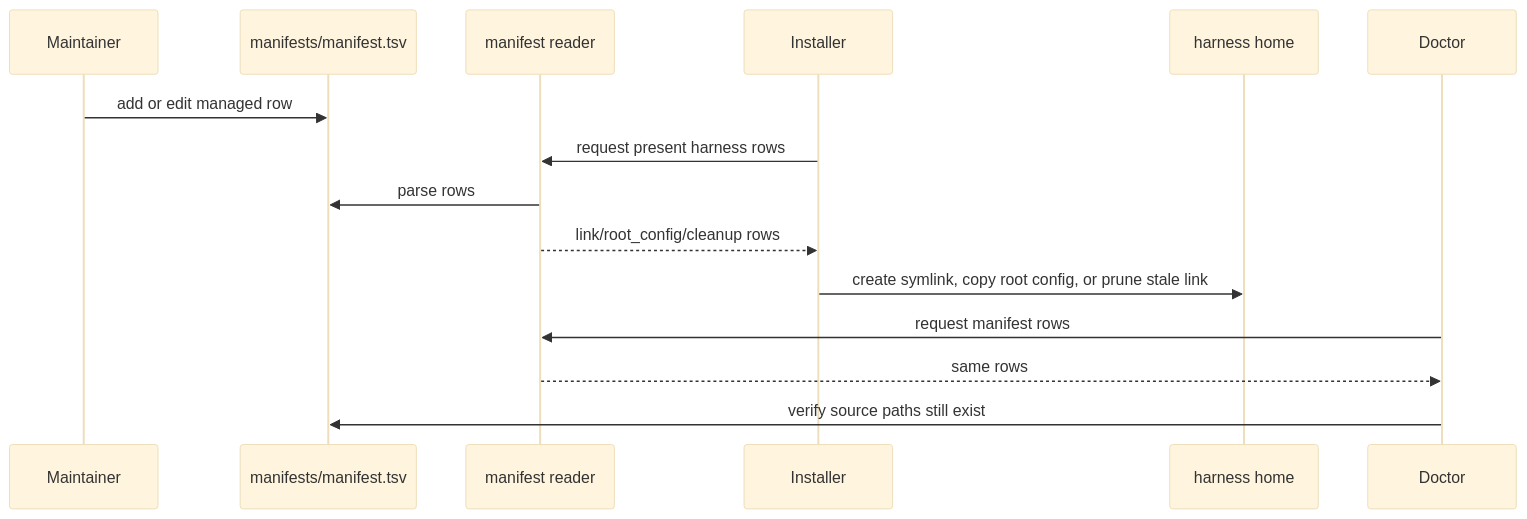
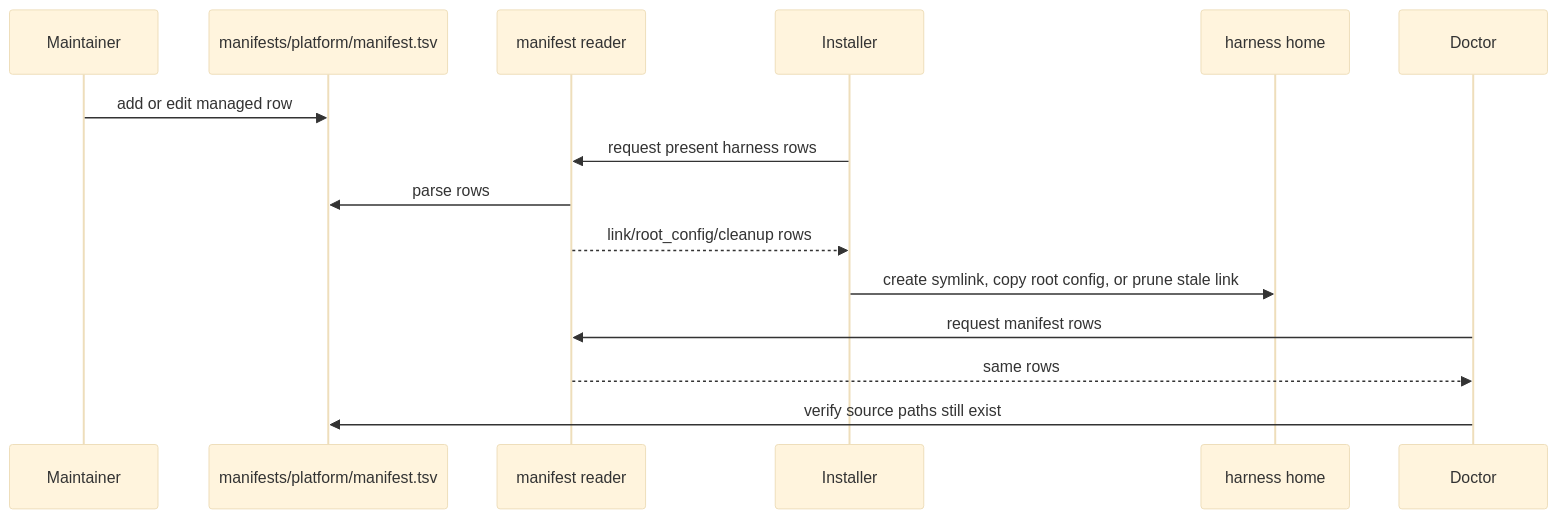
One commit to kirinmurphy/agent_harness_configs changed the third of 3 diagrams in docs/architecture/config-code-separation.md. Above: the diagram before and after it, drawn with Mermaid (base theme). The commit also changed other lines of this file and 49 other files, not shown here.

````diff
--- a/docs/architecture/config-code-separation.md
+++ b/docs/architecture/config-code-separation.md
@@ -115,18 +115,18 @@
 ```mermaid
 sequenceDiagram
   participant Maintainer
-  participant Manifest as manifests/manifest.tsv
+  participant Manifest as manifests/platform/manifest.tsv
   participant Reader as manifest reader
   participant Installer
   participant Home as harness home
   participant Doctor
 
   Maintainer->>Manifest: add or edit managed row
   Installer->>Reader: request present harness rows
   Reader->>Manifest: parse rows
   Reader-->>Installer: link/root_config/cleanup rows
   Installer->>Home: create symlink, copy root config, or prune stale link
   Doctor->>Reader: request manifest rows
   Reader-->>Doctor: same rows
   Doctor->>Manifest: verify source paths still exist
 ```
````
